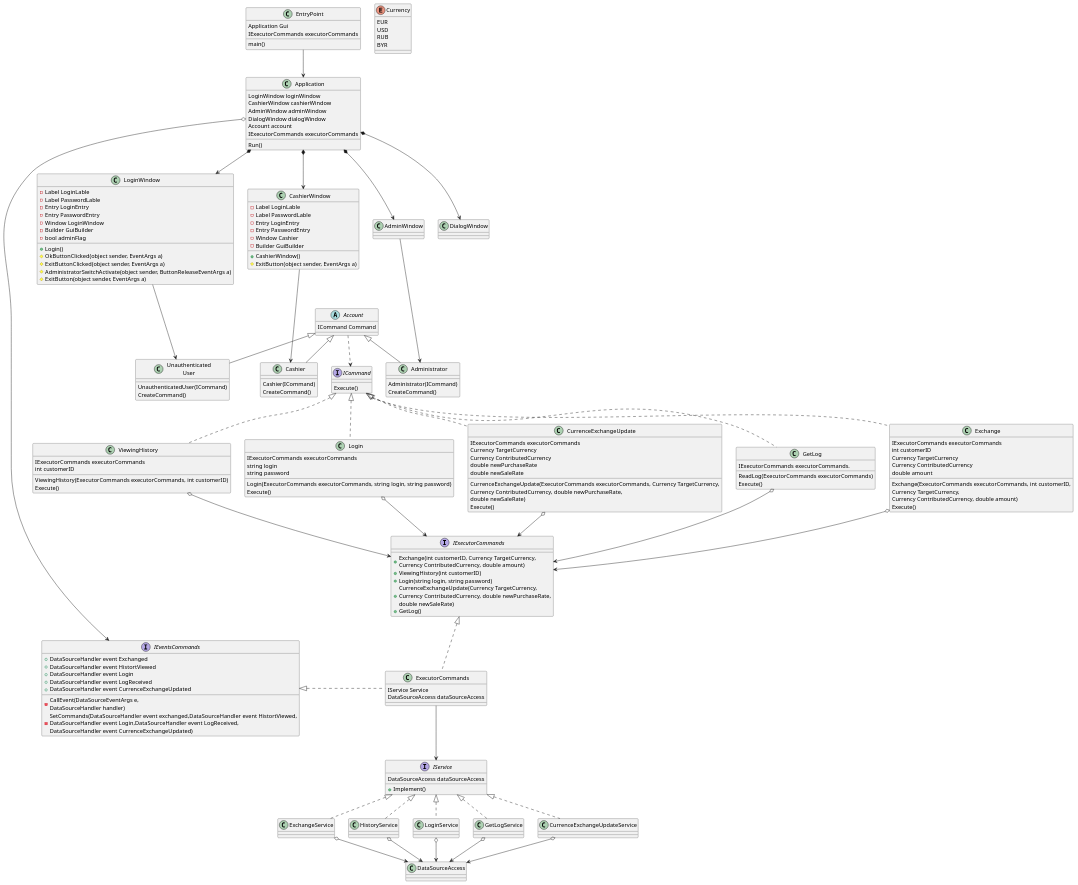
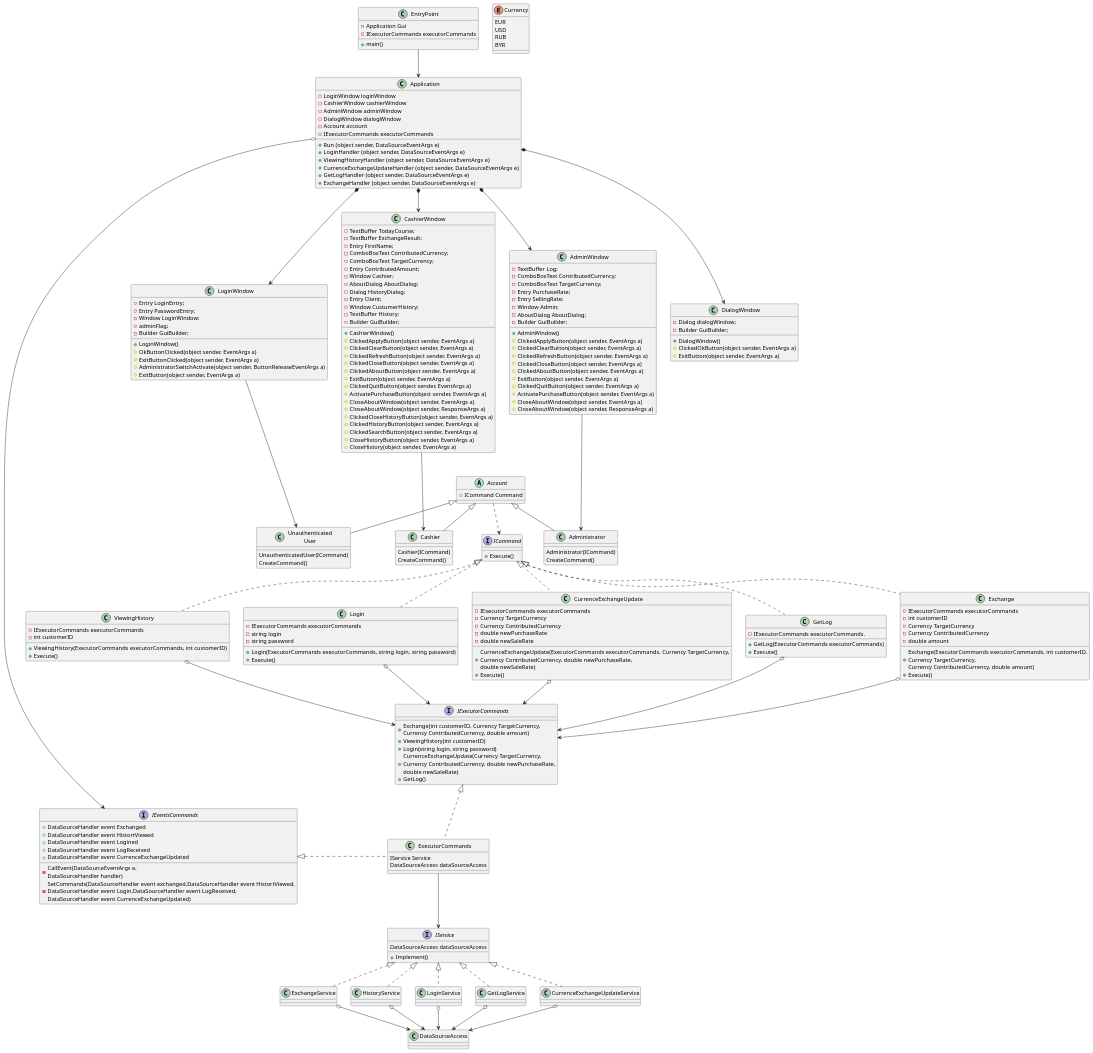
One commit to DanilaKe/ExchangeOfficeApplication changed the diagram in ExchangeOfficeApplication/UML/ClassDiagram.puml. Above: the diagram before and after it, drawn with PlantUML. The commit also changed 3 other files, not shown here.

Commit message:
class diagram.

```diff
--- a/ExchangeOfficeApplication/UML/ClassDiagram.puml
+++ b/ExchangeOfficeApplication/UML/ClassDiagram.puml
@@ -36,82 +36,88 @@
 
 class EntryPoint
 {
-    Application Gui
-    IExecutorCommands executorCommands
+    -Application Gui
+    -IExecutorCommands executorCommands
     
-    main()
+    +main()
 }
 
 interface ICommand
 {
-    Execute()
+    +Execute()
 }
 
 class ViewingHistory
 {
-    IExecutorCommands executorCommands
-    int customerID
+    -IExecutorCommands executorCommands
+    -int customerID
     
-    ViewingHistory(ExecutorCommands executorCommands, int customerID)
-    Execute()
+    +ViewingHistory(ExecutorCommands executorCommands, int customerID)
+    +Execute()
 }
 
 class Exchange
 {
-    IExecutorCommands executorCommands
-    int customerID
-    Currency TargetCurrency
-    Currency ContributedCurrency
-    double amount
+    -IExecutorCommands executorCommands
+    -int customerID
+    -Currency TargetCurrency
+    -Currency ContributedCurrency
+    -double amount
     
-    Exchange(ExecutorCommands executorCommands, int customerID,\nCurrency TargetCurrency,\nCurrency ContributedCurrency, double amount)
-    Execute()
+    +Exchange(ExecutorCommands executorCommands, int customerID,\nCurrency TargetCurrency,\nCurrency ContributedCurrency, double amount)
+    +Execute()
 }
 
 class GetLog
 {
-    IExecutorCommands executorCommands.
+    -IExecutorCommands executorCommands.
     
-    ReadLog(ExecutorCommands executorCommands)
-    Execute()
+    +GetLog(ExecutorCommands executorCommands)
+    +Execute()
 }
 
 class CurrenceExchangeUpdate
 {
-    IExecutorCommands executorCommands
-    Currency TargetCurrency
-    Currency ContributedCurrency
-    double newPurchaseRate
-    double newSaleRate
+    -IExecutorCommands executorCommands
+    -Currency TargetCurrency
+    -Currency ContributedCurrency
+    -double newPurchaseRate
+    -double newSaleRate
     
-    CurrenceExchangeUpdate(ExecutorCommands executorCommands, Currency TargetCurrency,\nCurrency ContributedCurrency, double newPurchaseRate,\ndouble newSaleRate)
-    Execute()
+    +CurrenceExchangeUpdate(ExecutorCommands executorCommands, Currency TargetCurrency,\nCurrency ContributedCurrency, double newPurchaseRate,\ndouble newSaleRate)
+    +Execute()
 }
 
 class Login
 {
-    IExecutorCommands executorCommands
-    string login
-    string password
+    -IExecutorCommands executorCommands
+    -string login
+    -string password
     
-    Login(ExecutorCommands executorCommands, string login, string password)
-    Execute()
+    +Login(ExecutorCommands executorCommands, string login, string password)
+    +Execute()
 }
 
 abstract class Account
 {
-    ICommand Сommand
+    +ICommand Сommand
 }
 
 class Application
 {
-    LoginWindow loginWindow
-    CashierWindow cashierWindow
-    AdminWindow adminWindow
-    DialogWindow dialogWindow
-    Account account
-    IExecutorCommands executorCommands
-    Run()
+    -LoginWindow loginWindow
+    -CashierWindow cashierWindow
+    -AdminWindow adminWindow
+    -DialogWindow dialogWindow
+    -Account account
+    -IExecutorCommands executorCommands
+    
+    +Run (object sender, DataSourceEventArgs e)
+    +LoginHandler (object sender, DataSourceEventArgs e)
+    +ViewingHistoryHandler (object sender, DataSourceEventArgs e)
+    +CurrenceExchangeUpdateHandler (object sender, DataSourceEventArgs e)
+    +GetLogHandler (object sender, DataSourceEventArgs e)
+    +ExchangeHandler (object sender, DataSourceEventArgs e)
 }
 
 class Unauthenticated\nUser
@@ -133,16 +139,14 @@
 }
 
 class LoginWindow
-{
-    -Label LoginLable
-    -Label PasswordLable
-    -Entry LoginEntry
-    -Entry PasswordEntry
-    -Window LoginWindow
-    -Builder GuiBuilder
-    -bool adminFlag
+{        
+    -Entry LoginEntry;
+    -Entry PasswordEntry;
+    -Window LoginWindow;
+    -adminFlag;
+    -Builder GuiBuilder;
     
-    +Login()
+    +LoginWindow()
     #OkButtonClicked(object sender, EventArgs a)
     #ExitButtonClicked(object sender, EventArgs a)
     #AdministratorSwitchActivate(object sender, ButtonReleaseEventArgs a)
@@ -151,15 +155,60 @@
 
 class CashierWindow
 {
-    -Label LoginLable
-    -Label PasswordLable
-    -Entry LoginEntry
-    -Entry PasswordEntry
-    -Window Cashier
-    -Builder GuiBuilder
+    -TextBuffer TodayCourse;
+    -TextBuffer ExchangeResult;
+    -Entry FirstName;
+    -ComboBoxText ContributedСurrency;
+    -ComboBoxText TargetCurrency;
+    -Entry ContributedAmount;
+    -Window Cashier;
+    -AboutDialog AboutDialog;
+    -Dialog HistoryDialog;
+    -Entry Client;
+    -Window CustumerHistory;
+    -TextBuffer History;
+    -Builder GuiBuilder;
     
     +CashierWindow()
+    #ClickedApplyButton(object sender, EventArgs a)
+    #ClickedClearButton(object sender, EventArgs a)
+    #ClickedRefreshButton(object sender, EventArgs a) 
+    #ClickedCloseButton(object sender, EventArgs a)
+    #ClickedAboutButton(object sender, EventArgs a)
     #ExitButton(object sender, EventArgs a)
+    #ClickedQuitButton(object sender, EventArgs a)
+    #ActivatePurchaseButton(object sender, EventArgs a)
+    #CloseAboutWindow(object sender, EventArgs a)   
+    #CloseAboutWindow(object sender, ResponseArgs a)   
+    #ClickedCloseHistoryButton(object sender, EventArgs a)    
+    #ClickedHistoryButton(object sender, EventArgs a)    
+    #ClickedSearchButton(object sender, EventArgs a)    
+    #CloseHistoryButton(object sender, EventArgs a)    
+    #CloseHistory(object sender, EventArgs a)
+}
+
+class AdminWindow
+{
+    -TextBuffer Log;
+    -ComboBoxText ContributedСurrency;
+    -ComboBoxText TargetCurrency;
+    -Entry PurchaseRate;
+    -Entry SellingRate;
+    -Window Admin;
+    -AboutDialog AboutDialog;
+    -Builder GuiBuilder;
+            
+    +AdminWindow()
+    #ClickedApplyButton(object sender, EventArgs a)
+    #ClickedClearButton(object sender, EventArgs a)
+    #ClickedRefreshButton(object sender, EventArgs a)
+    #ClickedCloseButton(object sender, EventArgs a)
+    #ClickedAboutButton(object sender, EventArgs a)
+    #ExitButton(object sender, EventArgs a)
+    #ClickedQuitButton(object sender, EventArgs a)
+    #ActivatePurchaseButton(object sender, EventArgs a)
+    #CloseAboutWindow(object sender, EventArgs a)
+    #CloseAboutWindow(object sender, ResponseArgs a)
 }
 
 interface IService
@@ -188,12 +237,22 @@
 {
     +DataSourceHandler event Exchanged
     +DataSourceHandler event HistortViewed
-    +DataSourceHandler event Login
+    +DataSourceHandler event Logined
     +DataSourceHandler event LogReceived
     +DataSourceHandler event CurrenceExchangeUpdated
     
     -CallEvent(DataSourceEventArgs e,\nDataSourceHandler handler)
     -SetCommands(DataSourceHandler event exchanged,DataSourceHandler event HistortViewed,\nDataSourceHandler event Login,DataSourceHandler event LogReceived,\nDataSourceHandler event CurrenceExchangeUpdated)
+}
+
+class DialogWindow
+{
+    -Dialog dialogWindow;
+    -Builder GuiBuilder;
+    
+    +DialogWindow()
+    #ClickedOkButton(object sender, EventArgs a)
+    #ExitButton(object sender, EventArgs a)
 }
 
 IExecutorCommands <|.. ExecutorCommands
```
